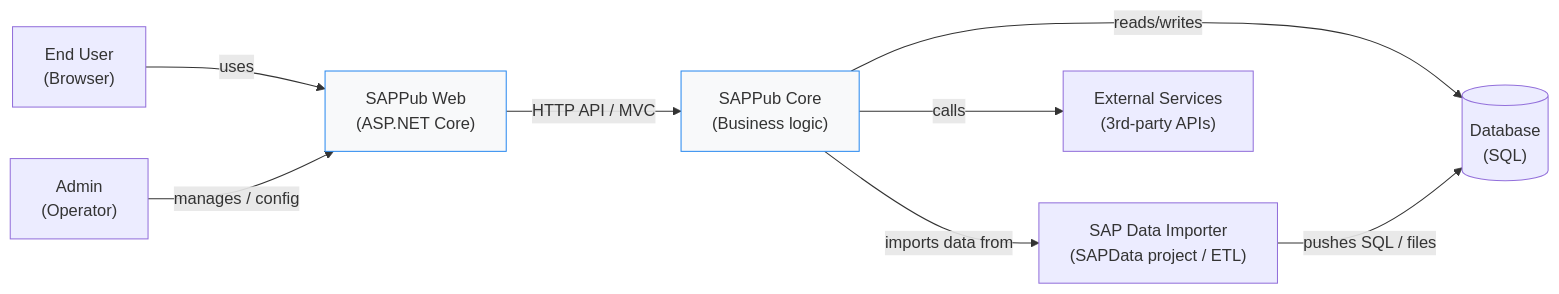
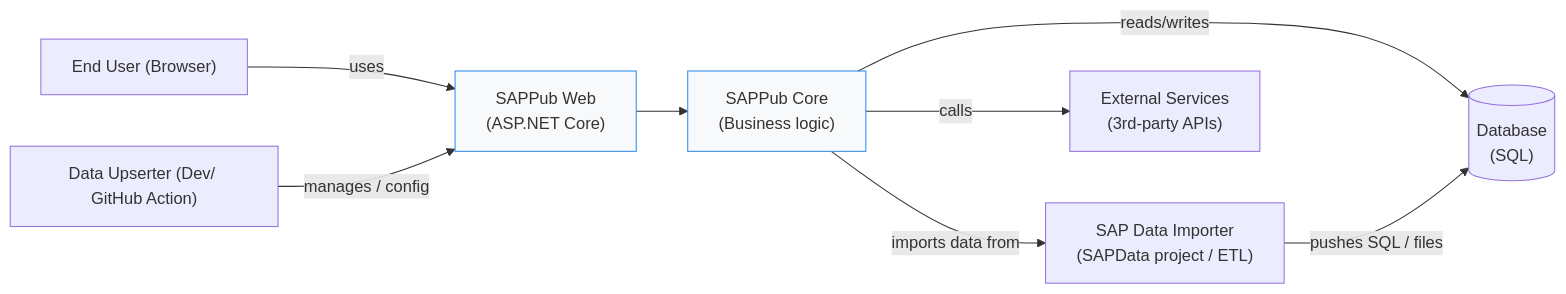
Before and after one commit to DFE-Digital/sap-public: the first of 3 diagrams in docs/architecture/002-C4-One.md, drawn with Mermaid. The commit also changed other lines of this file and 7 other files, not shown here.

````diff
--- a/docs/architecture/002-C4-One.md
+++ b/docs/architecture/002-C4-One.md
@@ -10,19 +10,19 @@
 ```mermaid
 graph LR
 	%% People
-	A["End User\n(Browser)"] -->|uses| SAPPubWeb["SAPPub Web\n(ASP.NET Core)"]
-	B["Admin\n(Operator)"] -->|manages / config| SAPPubWeb
+	A["End User (Browser)"] -->|uses| SAPPubWeb["SAPPub Web\n(ASP.NET Core)"]
+	B["Data Upserter (Dev/ GitHub Action)"] -->|manages / config| SAPPubWeb
 
 	%% System internal
-	SAPPubWeb -->|HTTP API / MVC| Core["SAPPub Core\n(Business logic)"]
+	SAPPubWeb --> Core["SAPPub Core\n(Business logic)"]
 	Core -->|reads/writes| DB[("Database\n(SQL)")]
 
 	%% External systems
 	Core -->|imports data from| SAPDataTool["SAP Data Importer\n(SAPData project / ETL)"]
 	SAPDataTool -->|pushes SQL / files| DB
 	Core -->|calls| ExternalAPI["External Services\n(3rd-party APIs)"]
 
 	%% Notes
 	classDef system fill:#f8f9fa,stroke:#2b8aef;
 	class SAPPubWeb,Core system
 ```
````
